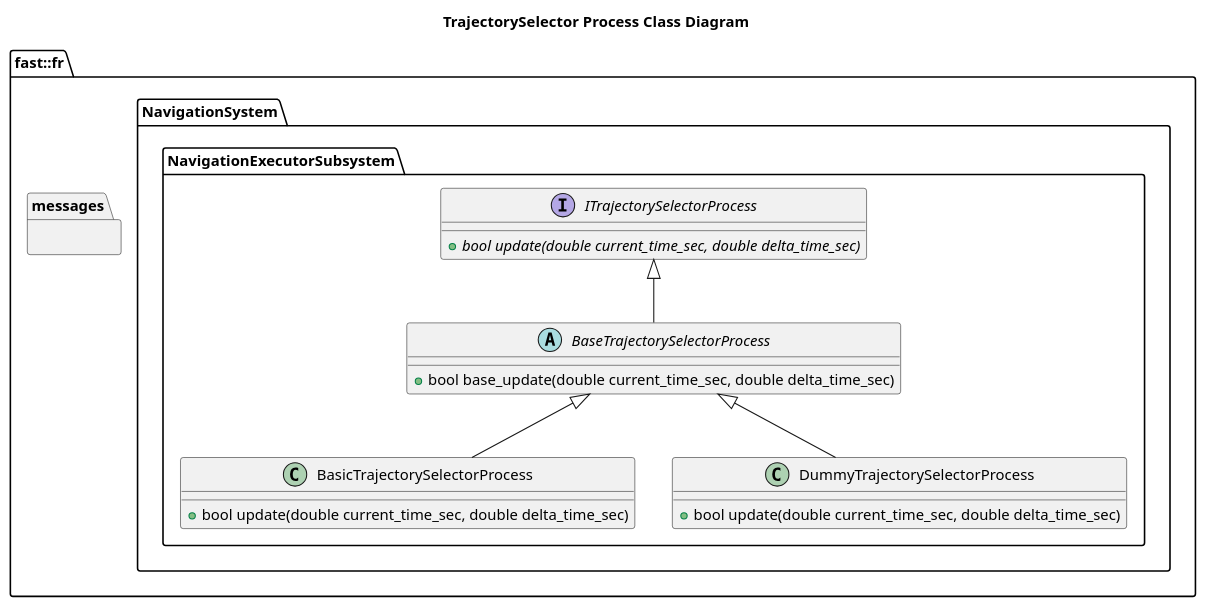
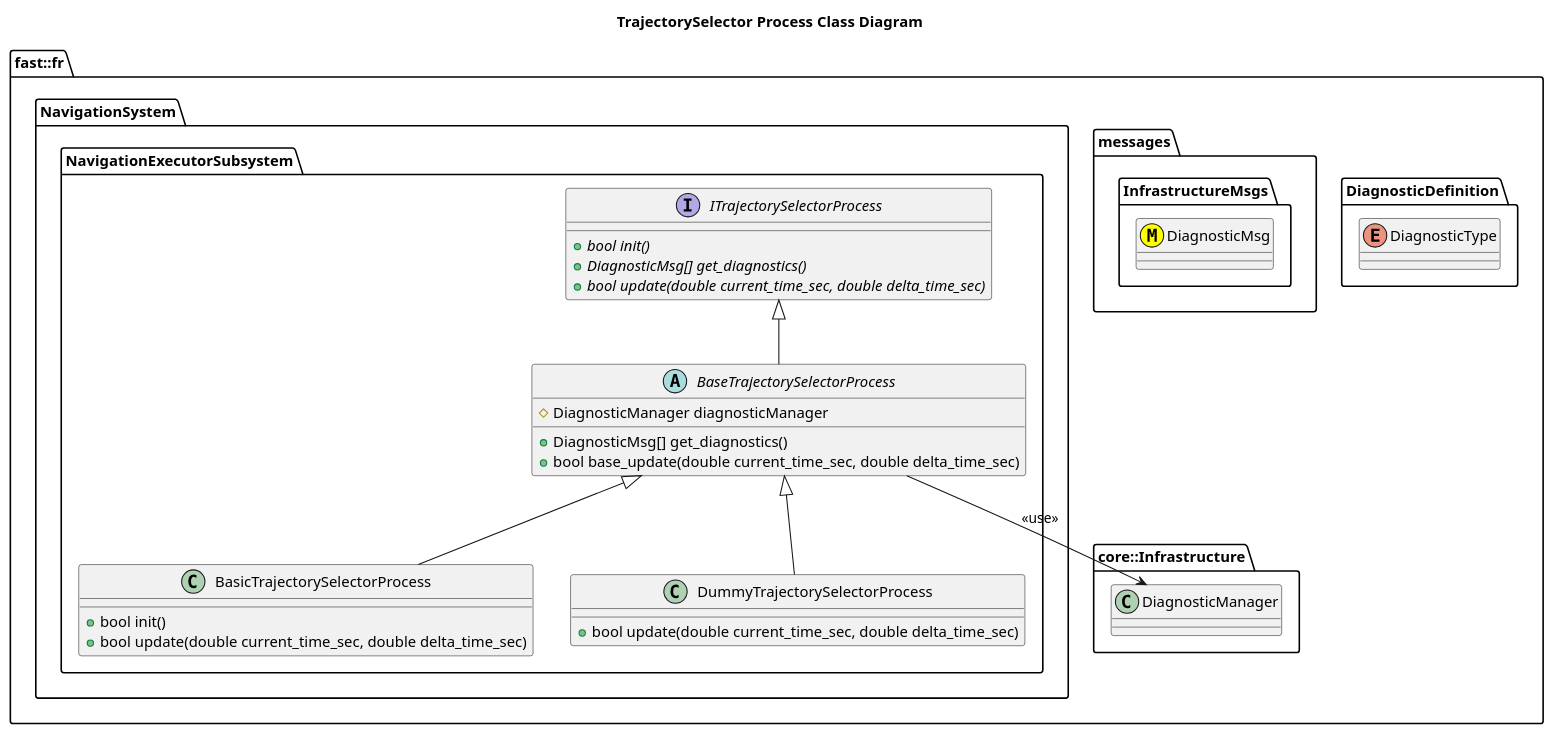
Before and after one commit to fastrobotics/robot_framework: the diagram in Systems/Navigation/Subsystems/NavigationExecutor/Processes/TrajectorySelector/doc/puml/TrajectorySelectorProcessClassDiagram.puml, drawn with PlantUML. The commit also changed 14 other files, not shown here.

```diff
--- a/Systems/Navigation/Subsystems/NavigationExecutor/Processes/TrajectorySelector/doc/puml/TrajectorySelectorProcessClassDiagram.puml
+++ b/Systems/Navigation/Subsystems/NavigationExecutor/Processes/TrajectorySelector/doc/puml/TrajectorySelectorProcessClassDiagram.puml
@@ -1,28 +1,43 @@
 @startuml
 title TrajectorySelector Process Class Diagram
 
 namespace fast::fr {
+  namespace DiagnosticDefinition {
+    enum DiagnosticType
+  }
   namespace messages {
+    namespace InfrastructureMsgs {
+      class DiagnosticMsg <<(M,#FFFF00)>>
+    }
+  }
+  namespace core::Infrastructure {
+    class DiagnosticManager
   }
   namespace NavigationSystem {
     namespace NavigationExecutorSubsystem {
         interface ITrajectorySelectorProcess  {
+          +{abstract} bool init()
+          +{abstract} DiagnosticMsg[] get_diagnostics()
           +{abstract} bool update(double current_time_sec, double delta_time_sec)
         }
         abstract BaseTrajectorySelectorProcess {
+          +DiagnosticMsg[] get_diagnostics()
           +bool base_update(double current_time_sec, double delta_time_sec)
+          #DiagnosticManager diagnosticManager
 
         }
         BaseTrajectorySelectorProcess -up-|> ITrajectorySelectorProcess
+        BaseTrajectorySelectorProcess --> DiagnosticManager: <<use>>
         class BasicTrajectorySelectorProcess {
+          +bool init()
           +bool update(double current_time_sec, double delta_time_sec)
         }
         BasicTrajectorySelectorProcess -up-|> BaseTrajectorySelectorProcess
         class DummyTrajectorySelectorProcess {
           +bool update(double current_time_sec, double delta_time_sec)
         }
         DummyTrajectorySelectorProcess -up-|> BaseTrajectorySelectorProcess
     }
   }
 }
 @enduml
```
